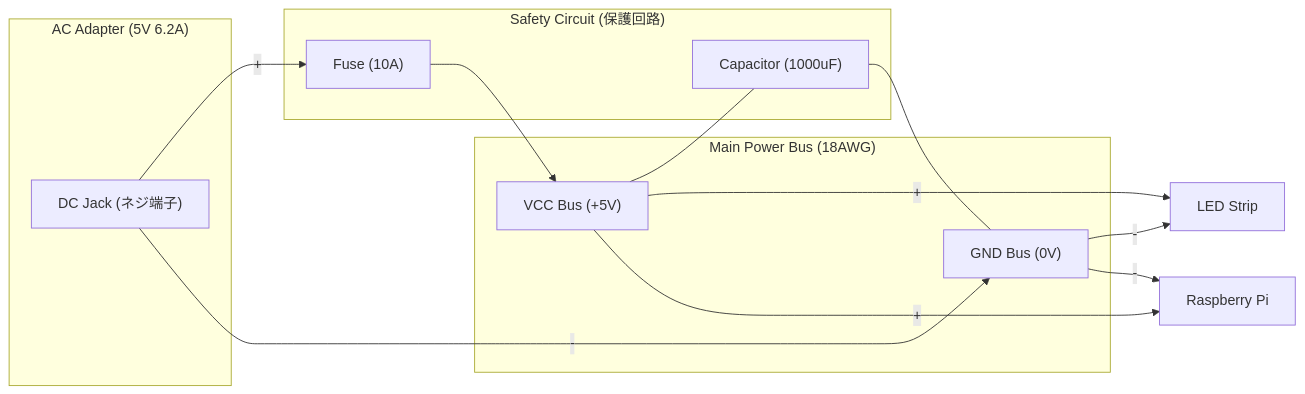
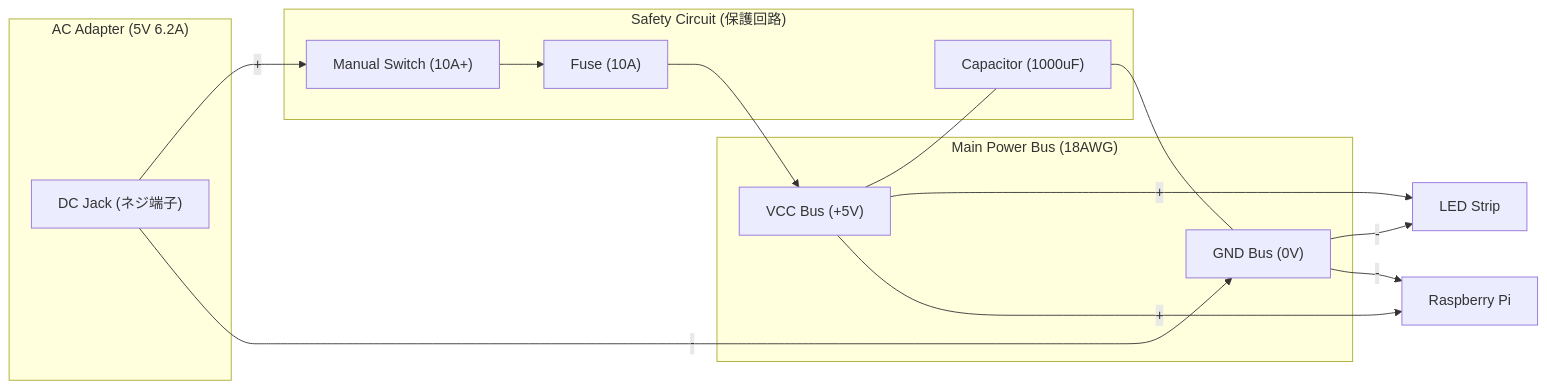
One commit to mono0926/electronics changed the diagram in piano-led-visualizer/docs/hw_step2_3_power_safety.md. Above: the diagram before and after it, drawn with Mermaid. The commit also changed other lines of this file and 2 other files, not shown here.

Commit message:
hardware: add manual switch requirement to BOM and wiring diagrams

````diff
--- a/piano-led-visualizer/docs/hw_step2_3_power_safety.md
+++ b/piano-led-visualizer/docs/hw_step2_3_power_safety.md
@@ -28,26 +29,27 @@
 ```mermaid
 graph LR
     subgraph Power["AC Adapter (5V 6.2A)"]
         DCJ["DC Jack (ネジ端子)"]
     end
 
     subgraph Safety["Safety Circuit (保護回路)"]
+        Switch["Manual Switch (10A+)"]
         Fuse["Fuse (10A)"]
         Cap["Capacitor (1000uF)"]
     end
 
     subgraph MainBus["Main Power Bus (18AWG)"]
         VCC5V["VCC Bus (+5V)"]
         GNDBus["GND Bus (0V)"]
     end
 
-    DCJ -->|"+"| Fuse --> VCC5V
+    DCJ -->|"+"| Switch --> Fuse --> VCC5V
     DCJ -->|"-"| GNDBus
     VCC5V --- Cap --- GNDBus
 
     VCC5V -->|"+"| LED["LED Strip"]
     GNDBus -->|"-"| LED
 
     VCC5V -->|"+"| RPi["Raspberry Pi"]
     GNDBus -->|"-"| RPi
 ```
````
